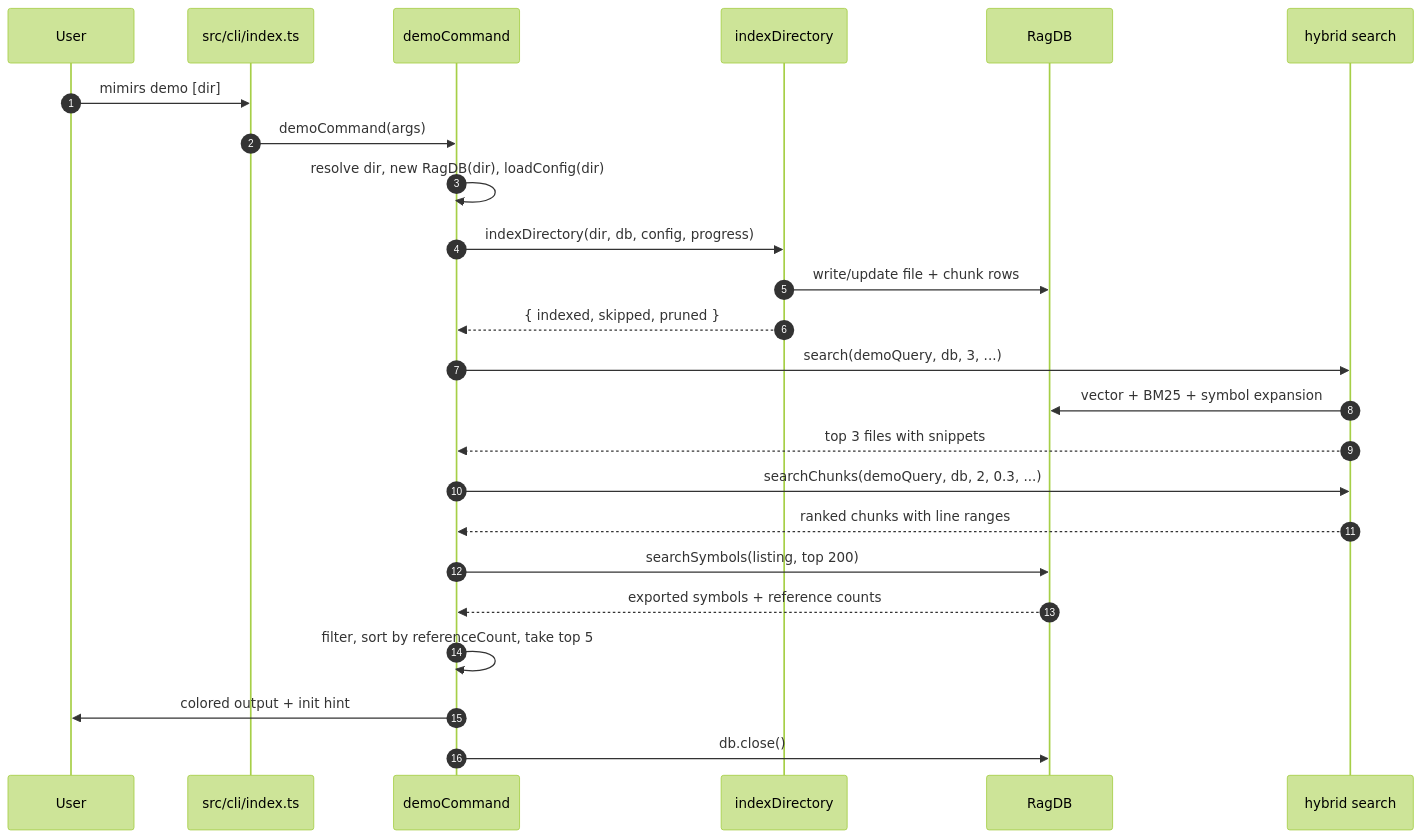
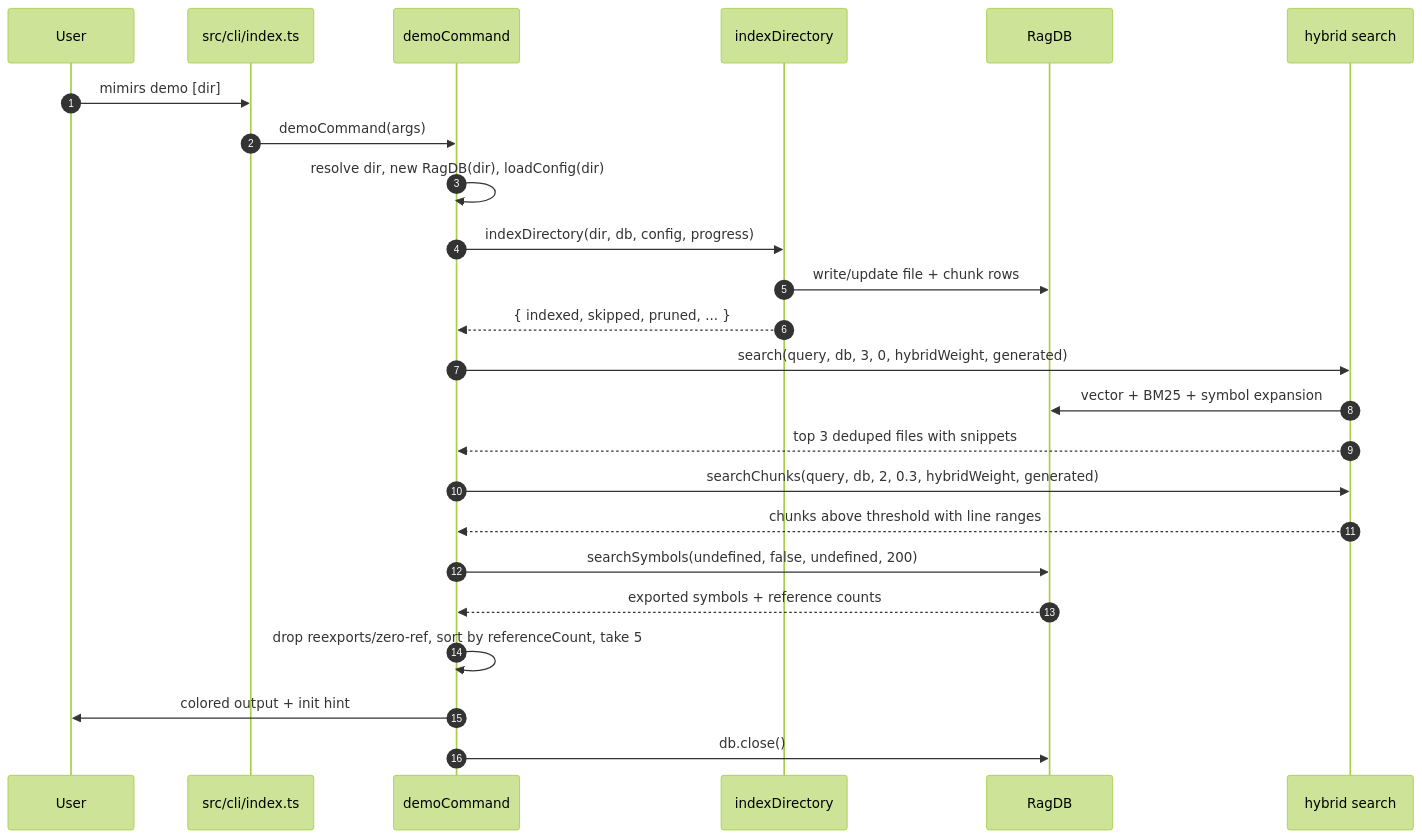
The diagram in wiki/cli/demo.md (TheWinci/mimirs), drawn with Mermaid (forest theme) before and after one commit. The commit also changed other lines of this file and 55 other files, not shown here.

````diff
--- a/wiki/cli/demo.md
+++ b/wiki/cli/demo.md
@@ -15,26 +15,26 @@
 ```mermaid
 sequenceDiagram
   autonumber
   participant User
   participant Router as src/cli/index.ts
   participant Handler as demoCommand
   participant Indexer as indexDirectory
   participant DB as RagDB
   participant Search as hybrid search
   User->>Router: mimirs demo [dir]
   Router->>Handler: demoCommand(args)
   Handler->>Handler: resolve dir, new RagDB(dir), loadConfig(dir)
   Handler->>Indexer: indexDirectory(dir, db, config, progress)
   Indexer->>DB: write/update file + chunk rows
-  Indexer-->>Handler: { indexed, skipped, pruned }
-  Handler->>Search: search(demoQuery, db, 3, ...)
+  Indexer-->>Handler: { indexed, skipped, pruned, ... }
+  Handler->>Search: search(query, db, 3, 0, hybridWeight, generated)
   Search->>DB: vector + BM25 + symbol expansion
-  Search-->>Handler: top 3 files with snippets
-  Handler->>Search: searchChunks(demoQuery, db, 2, 0.3, ...)
-  Search-->>Handler: ranked chunks with line ranges
-  Handler->>DB: searchSymbols(listing, top 200)
+  Search-->>Handler: top 3 deduped files with snippets
+  Handler->>Search: searchChunks(query, db, 2, 0.3, hybridWeight, generated)
+  Search-->>Handler: chunks above threshold with line ranges
+  Handler->>DB: searchSymbols(undefined, false, undefined, 200)
   DB-->>Handler: exported symbols + reference counts
-  Handler->>Handler: filter, sort by referenceCount, take top 5
+  Handler->>Handler: drop reexports/zero-ref, sort by referenceCount, take 5
   Handler->>User: colored output + init hint
   Handler->>DB: db.close()
 ```
````
